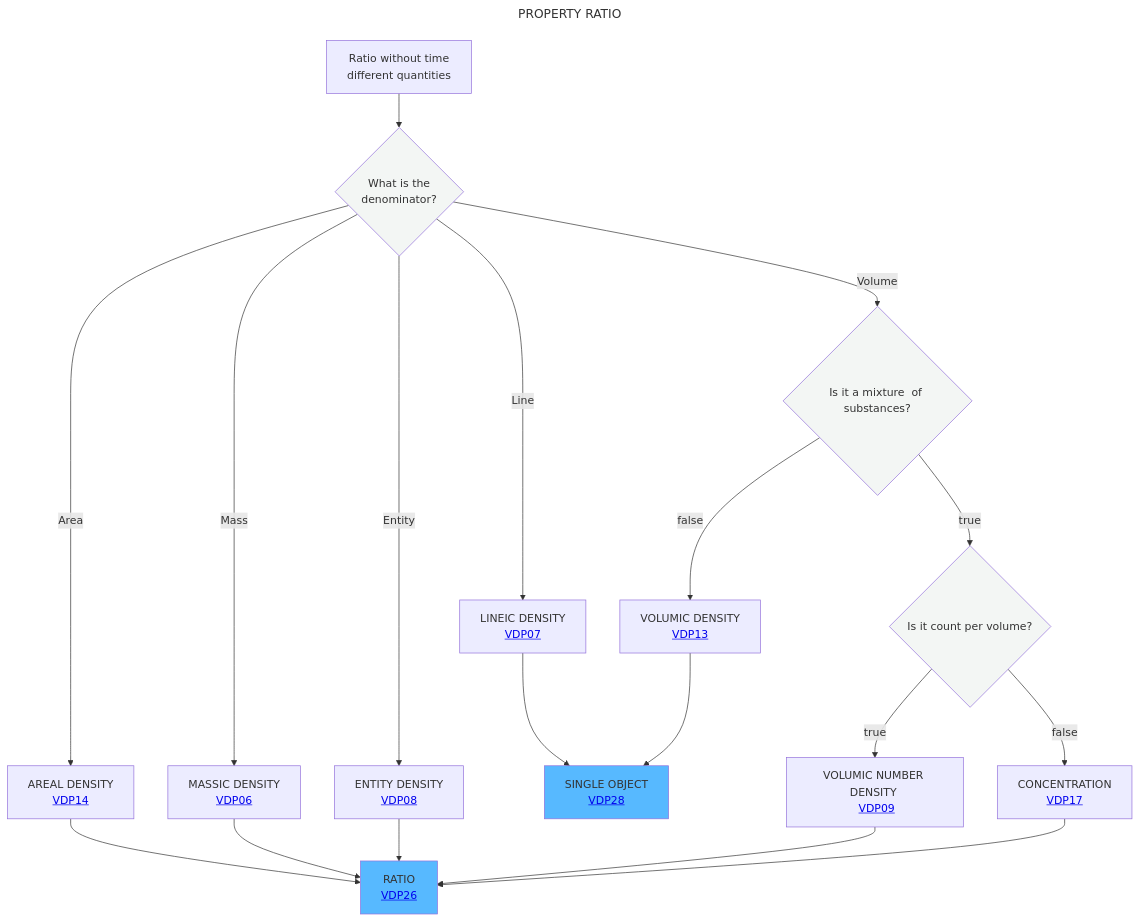
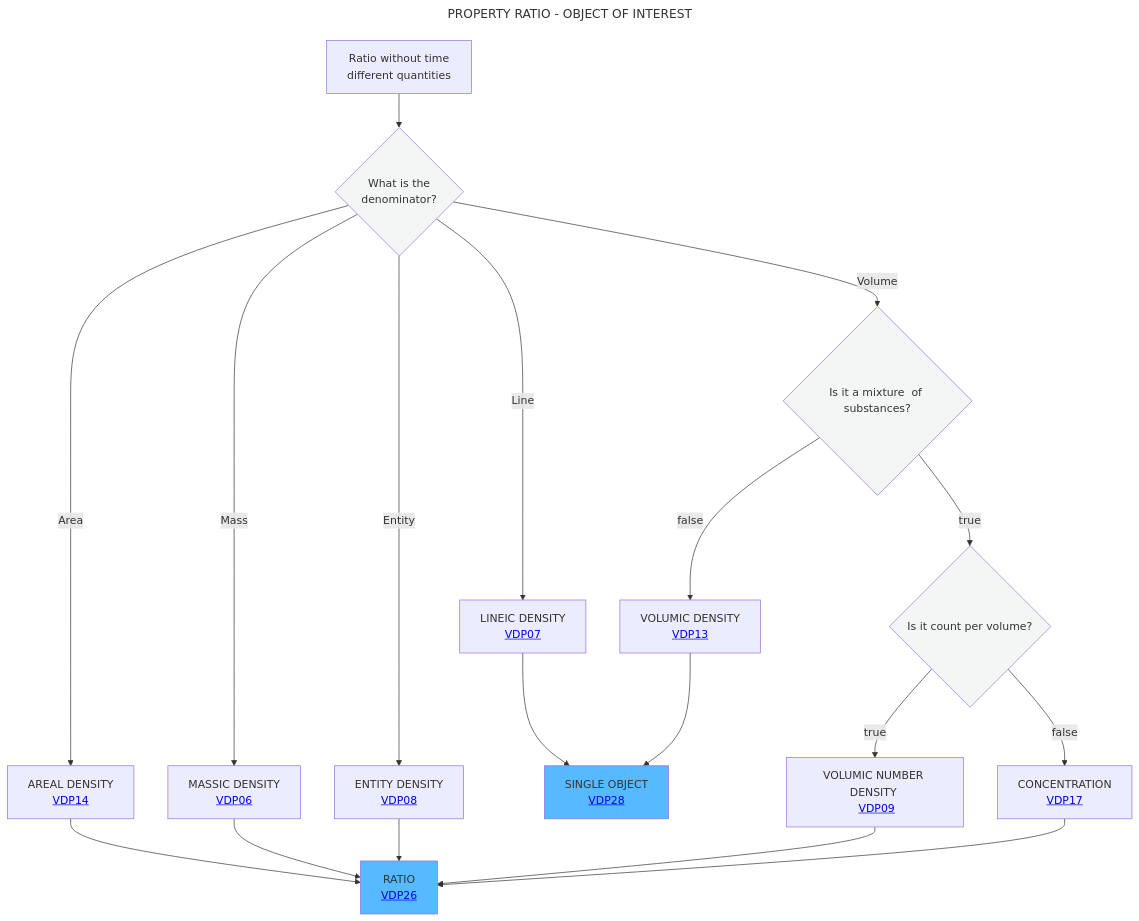
One commit to mabablue/I-ADOPT-patterns-playground changed the diagram in Decisition_trees/DT4.mmd. Above: the diagram before and after it, drawn with Mermaid.

```diff
--- a/Decisition_trees/DT4.mmd
+++ b/Decisition_trees/DT4.mmd
@@ -1,25 +1,25 @@
 ---
-title: PROPERTY RATIO
+title: PROPERTY RATIO - OBJECT OF INTEREST
 ---
 flowchart TD
     A[Ratio without time <br> different quantities] --> B{What is the <br> denominator?}:::white
     B -- Area -->C[AREAL DENSITY <br> <a href='https://github.com/mabablue/I-ADOPT-patterns-playground/blob/main/pattern/VDP14.yaml'>VDP14</a>]
     B -- Mass -->E[MASSIC DENSITY <br> <a href='https://github.com/mabablue/I-ADOPT-patterns-playground/blob/main/pattern/VDP06.yaml'>VDP06</a>]
     B -- Entity -->F[ENTITY DENSITY <br> <a href='https://github.com/mabablue/I-ADOPT-patterns-playground/blob/main/pattern/VDP09.yaml'>VDP08</a>]
     B -- Line -->D[LINEIC DENSITY <br> <a href='https://github.com/mabablue/I-ADOPT-patterns-playground/blob/main/pattern/VDP07.yaml'>VDP07</a>]
     B -- Volume -->G{Is it a mixture <be> of substances?}:::white
     G --> |false|H[VOLUMIC DENSITY <br> <a href='https://github.com/mabablue/I-ADOPT-patterns-playground/blob/main/pattern/VDP13.yaml'>VDP13</a>]
     G--> |true|I{Is it count per volume?}:::white
     I --> |true|L[VOLUMIC NUMBER DENSITY <br> <a href='https://github.com/mabablue/I-ADOPT-patterns-playground/blob/main/pattern/VDP09.yaml'>VDP09</a>]
     I --> |false|M[CONCENTRATION <br> <a href='https://github.com/mabablue/I-ADOPT-patterns-playground/blob/main/pattern/VDP17.yaml'>VDP17</a>]
     C --> N[RATIO <br> <a href='https://github.com/mabablue/I-ADOPT-patterns-playground/blob/main/pattern/VDP26.yaml'>VDP26</a>]:::satblue
     E --> N
     F --> N
     D --> O[SINGLE OBJECT <br> <a href='https://github.com/mabablue/I-ADOPT-patterns-playground/blob/main/pattern/VDP28.yaml'>VDP28</a>]:::satblue
     H --> O
     L --> N
     M --> N
    classDef blue fill:#90D5FF
    classDef satblue fill:#57B9FF 
    classDef white fill:#f3f6f4
    classDef green fill:#6aa84f
```
